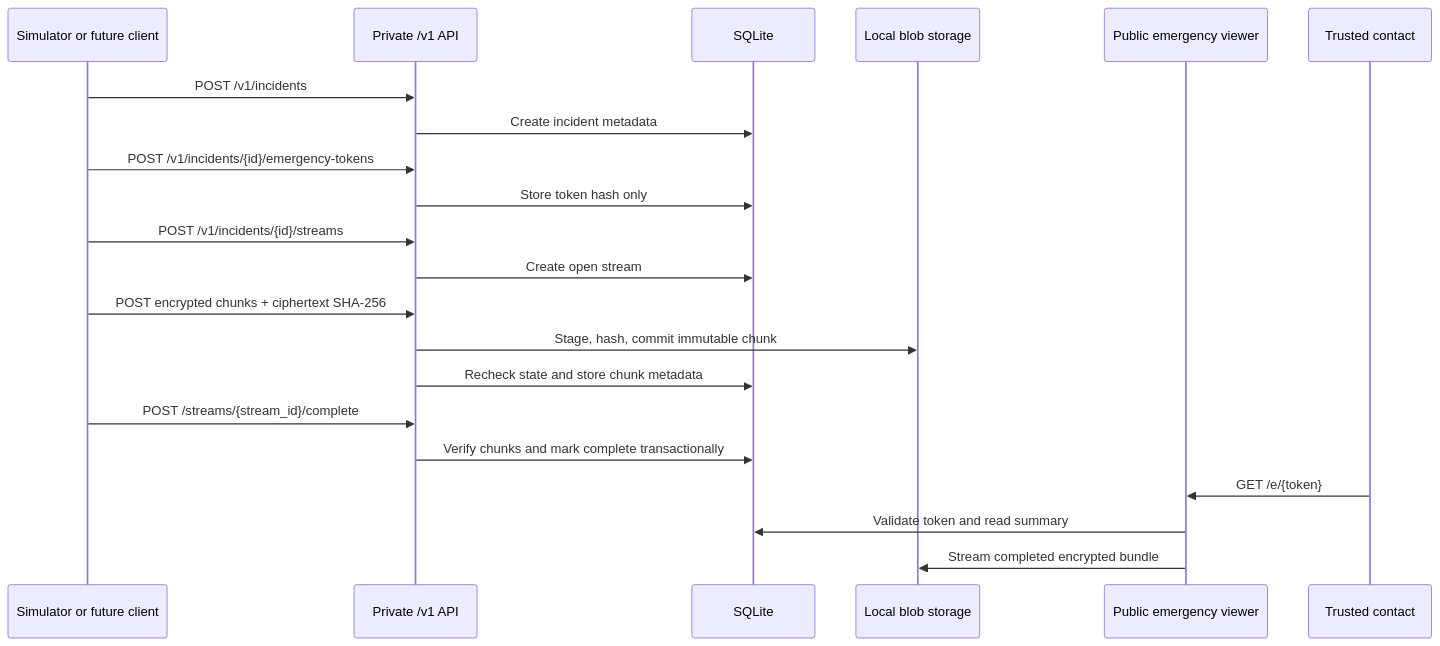
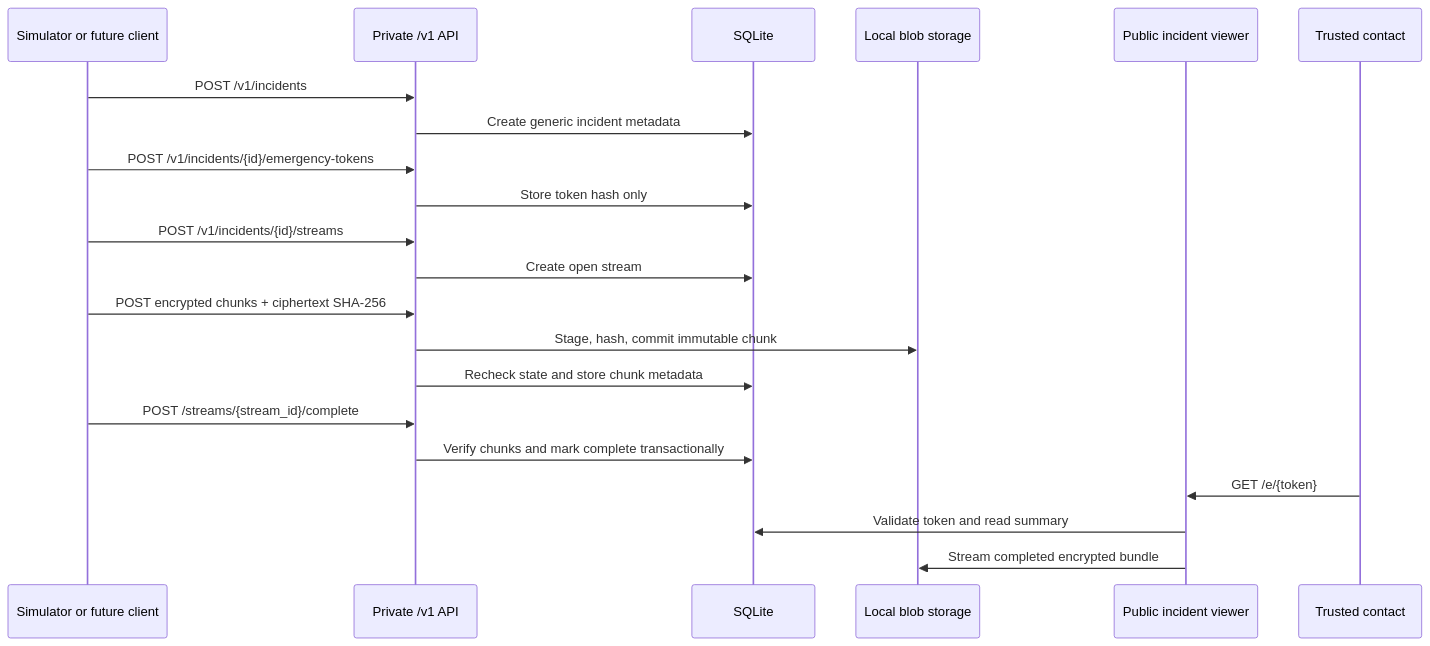
Before and after one commit to open-proofline/server: the third of 4 diagrams in docs/architecture.md, drawn with Mermaid. The commit also changed other lines of this file, not shown here.

Commit message:
Update architecture docs for Proofline scope

````diff
--- a/docs/architecture.md
+++ b/docs/architecture.md
@@ -45,24 +61,24 @@
 ```mermaid
 sequenceDiagram
     participant Client as Simulator or future client
     participant Private as Private /v1 API
     participant DB as SQLite
     participant Blob as Local blob storage
-    participant Public as Public emergency viewer
+    participant Public as Public incident viewer
     participant Contact as Trusted contact
 
     Client->>Private: POST /v1/incidents
-    Private->>DB: Create incident metadata
+    Private->>DB: Create generic incident metadata
     Client->>Private: POST /v1/incidents/{id}/emergency-tokens
     Private->>DB: Store token hash only
     Client->>Private: POST /v1/incidents/{id}/streams
     Private->>DB: Create open stream
     Client->>Private: POST encrypted chunks + ciphertext SHA-256
     Private->>Blob: Stage, hash, commit immutable chunk
     Private->>DB: Recheck state and store chunk metadata
     Client->>Private: POST /streams/{stream_id}/complete
     Private->>DB: Verify chunks and mark complete transactionally
     Contact->>Public: GET /e/{token}
     Public->>DB: Validate token and read summary
     Public->>Blob: Stream completed encrypted bundle
 ```
````
